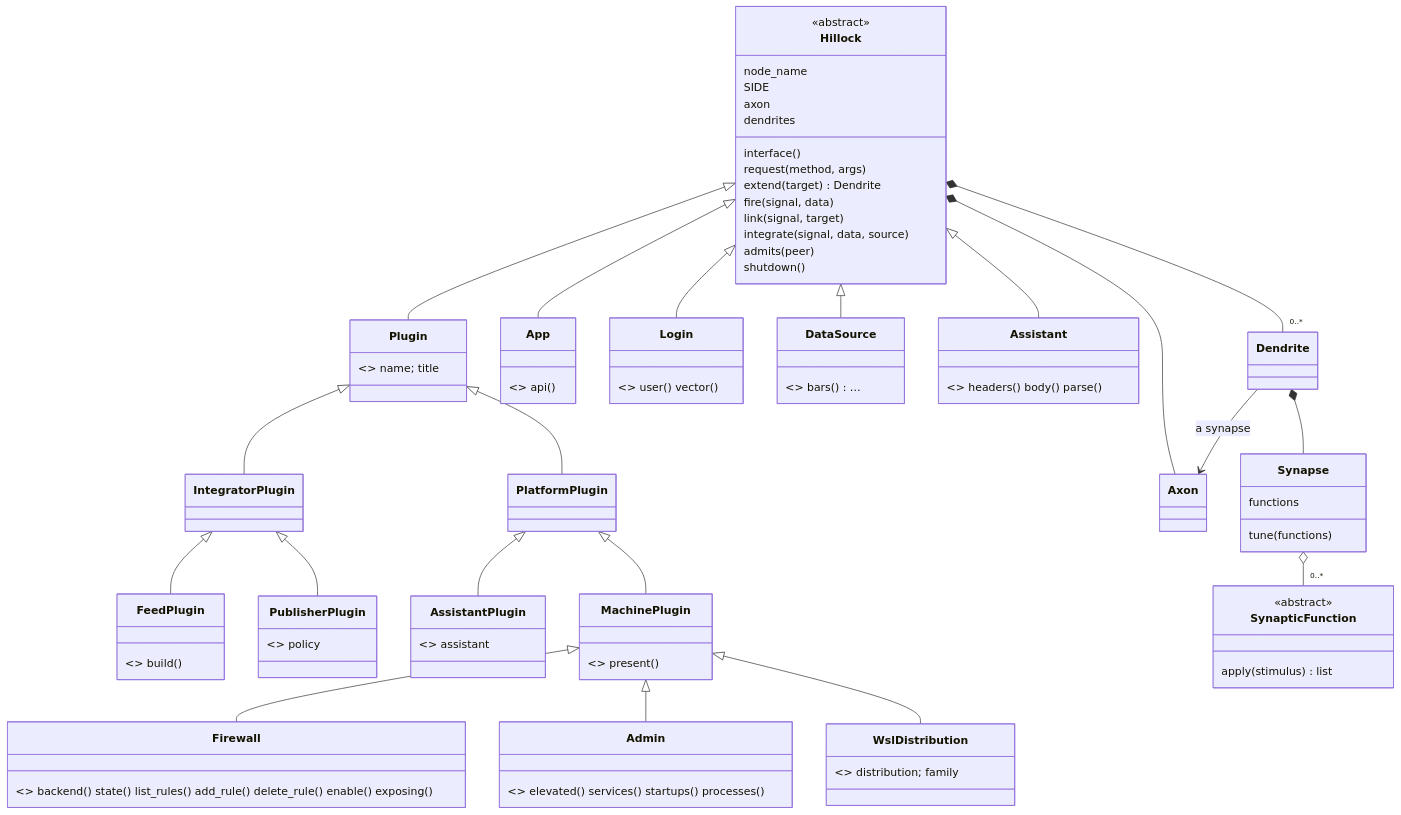
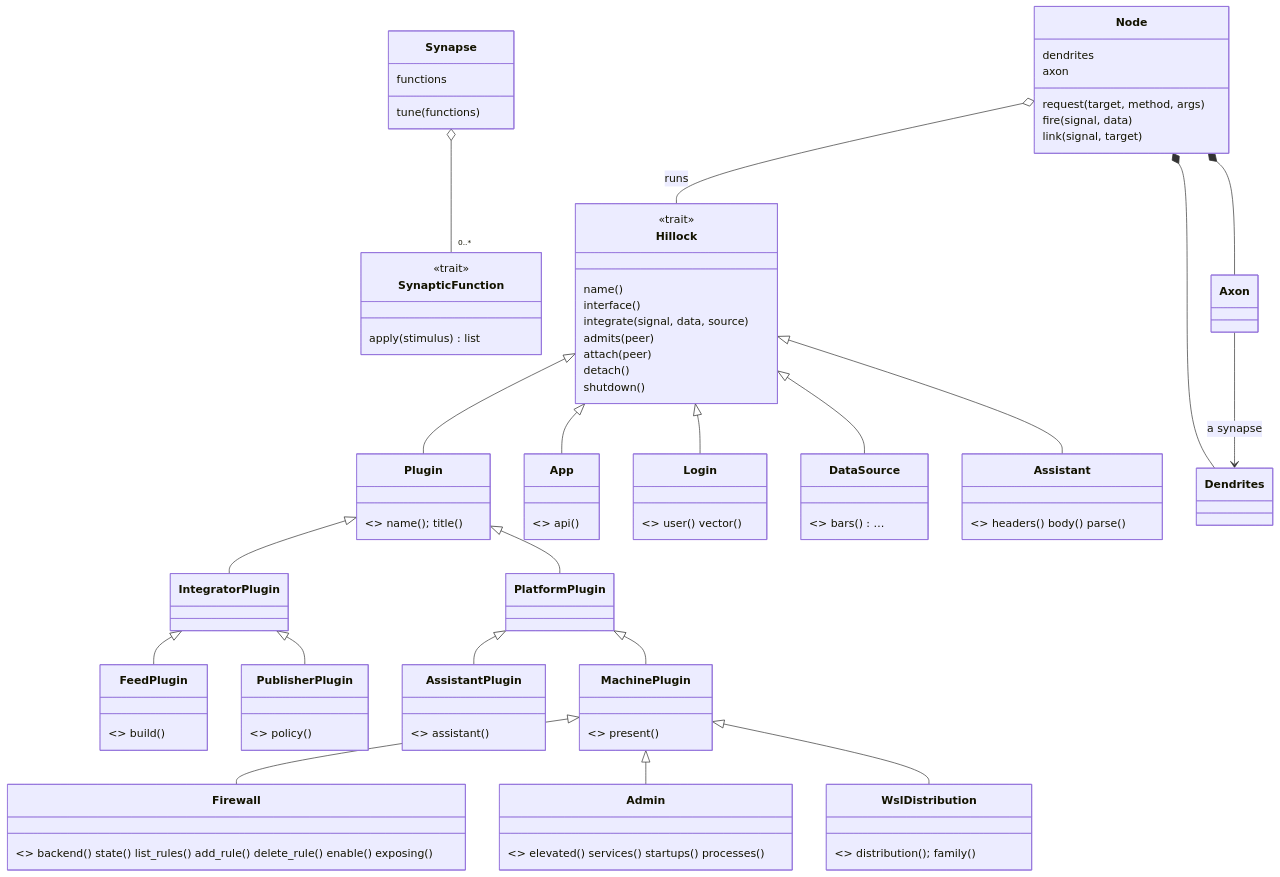
Before and after one commit to pcxmac-dev/liminal-libs: the fifth of 5 diagrams in docs/NETWORK.md, drawn with Mermaid. The commit also changed other lines of this file, not shown here.

````diff
--- a/docs/NETWORK.md
+++ b/docs/NETWORK.md
@@ -476,57 +553,59 @@
 ```mermaid
 classDiagram
   class Hillock {
-    <<abstract>>
-    node_name
-    SIDE
+    <<trait>>
+    name()
+    interface()
+    integrate(signal, data, source)
+    admits(peer)
+    attach(peer)
+    detach()
+    shutdown()
+  }
+  class Node {
+    dendrites
     axon
-    dendrites
-    interface()
-    request(method, args)
-    extend(target) Dendrite
+    request(target, method, args)
     fire(signal, data)
     link(signal, target)
-    integrate(signal, data, source)
-    admits(peer)
-    shutdown()
   }
-  class Plugin { <<abstract>> name; title }
-  class FeedPlugin { <<abstract>> build() }
-  class PublisherPlugin { <<abstract>> policy }
-  class AssistantPlugin { <<abstract>> assistant }
-  class MachinePlugin { <<abstract>> present() }
-  class Firewall { <<abstract>> backend() state() list_rules() add_rule() delete_rule() enable() exposing() }
-  class Admin { <<abstract>> elevated() services() startups() processes() }
-  class WslDistribution { <<abstract>> distribution; family }
-  class App { <<abstract>> api() }
-  class Login { <<abstract>> user() vector() }
-  class DataSource { <<abstract>> bars() … }
-  class Assistant { <<abstract>> headers() body() parse() }
+  class Plugin { <<trait>> name(); title() }
+  class FeedPlugin { <<trait>> build() }
+  class PublisherPlugin { <<trait>> policy() }
+  class AssistantPlugin { <<trait>> assistant() }
+  class MachinePlugin { <<trait>> present() }
+  class Firewall { <<trait>> backend() state() list_rules() add_rule() delete_rule() enable() exposing() }
+  class Admin { <<trait>> elevated() services() startups() processes() }
+  class WslDistribution { <<trait>> distribution(); family() }
+  class App { <<trait>> api() }
+  class Login { <<trait>> user() vector() }
+  class DataSource { <<trait>> bars() … }
+  class Assistant { <<trait>> headers() body() parse() }
   Hillock <|-- Plugin
   Plugin <|-- IntegratorPlugin
   Plugin <|-- PlatformPlugin
   IntegratorPlugin <|-- FeedPlugin
   IntegratorPlugin <|-- PublisherPlugin
   PlatformPlugin <|-- AssistantPlugin
   PlatformPlugin <|-- MachinePlugin
   MachinePlugin <|-- Firewall
   MachinePlugin <|-- Admin
   MachinePlugin <|-- WslDistribution
   Hillock <|-- App
   Hillock <|-- Login
   Hillock <|-- DataSource
   Hillock <|-- Assistant
   class Synapse {
     functions
     tune(functions)
   }
   class SynapticFunction {
-    <<abstract>>
+    <<trait>>
     apply(stimulus) list
   }
-  Hillock *-- Axon
-  Hillock *-- "0..*" Dendrite
-  Dendrite --> Axon : a synapse
-  Dendrite *-- Synapse
+  Node o-- Hillock : runs
+  Node *-- Dendrites
+  Node *-- Axon
+  Axon --> Dendrites : a synapse
   Synapse o-- "0..*" SynapticFunction
 ```
````
